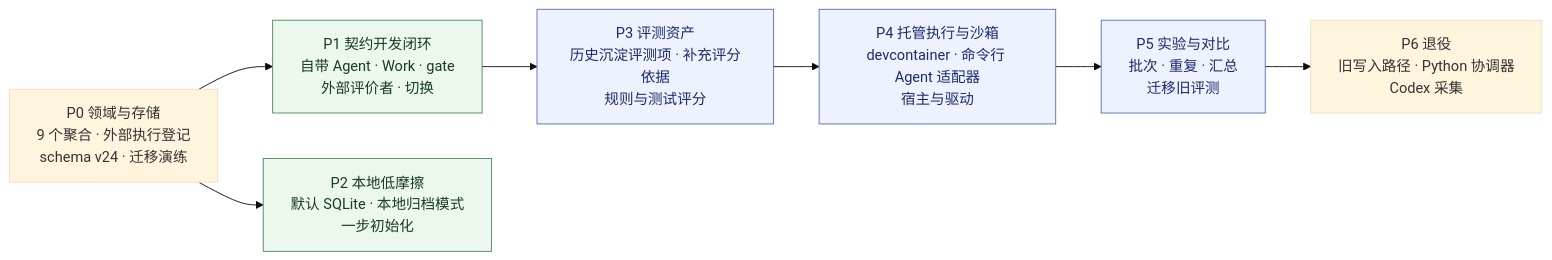
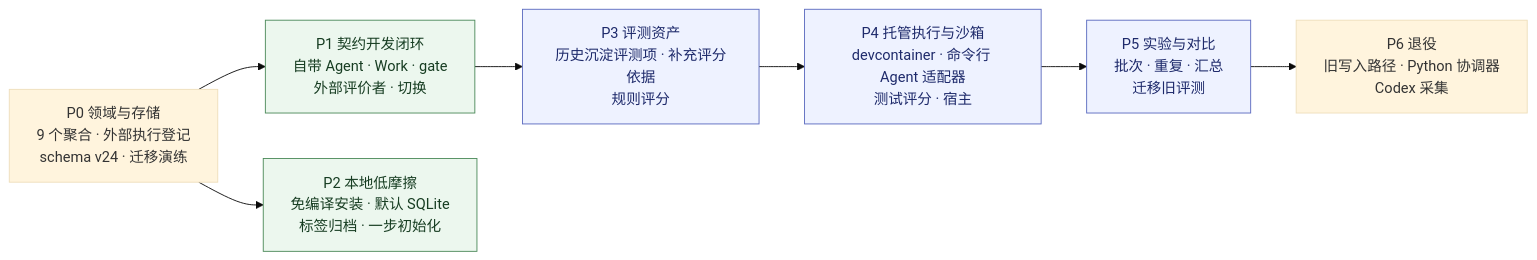
One commit to MaybeLL/Ground changed the diagram in docs/assets/impl-milestones.mmd. Above: the diagram before and after it, drawn with Mermaid (base theme). The commit also changed 11 other files, not shown here.

```diff
--- a/docs/assets/impl-milestones.mmd
+++ b/docs/assets/impl-milestones.mmd
@@ -1,11 +1,11 @@
 flowchart LR
   P0["P0 领域与存储<br/>9 个聚合 · 外部执行登记<br/>schema v24 · 迁移演练"] --> P1["P1 契约开发闭环<br/>自带 Agent · Work · gate<br/>外部评价者 · 切换"]
-  P0 --> P2["P2 本地低摩擦<br/>默认 SQLite · 本地归档模式<br/>一步初始化"]
-  P1 --> P3["P3 评测资产<br/>历史沉淀评测项 · 补充评分依据<br/>规则与测试评分"]
-  P3 --> P4["P4 托管执行与沙箱<br/>devcontainer · 命令行 Agent 适配器<br/>宿主与驱动"]
+  P0 --> P2["P2 本地低摩擦<br/>免编译安装 · 默认 SQLite<br/>标签归档 · 一步初始化"]
+  P1 --> P3["P3 评测资产<br/>历史沉淀评测项 · 补充评分依据<br/>规则评分"]
+  P3 --> P4["P4 托管执行与沙箱<br/>devcontainer · 命令行 Agent 适配器<br/>测试评分 · 宿主"]
   P4 --> P5["P5 实验与对比<br/>批次 · 重复 · 汇总<br/>迁移旧评测"]
   P5 --> P6["P6 退役<br/>旧写入路径 · Python 协调器<br/>Codex 采集"]
   classDef v1 fill:#ecf7ee,stroke:#4c8a5a,color:#173d22;
   classDef v2 fill:#eef2ff,stroke:#5b6abf,color:#1e2a6b;
   class P1,P2 v1;
   class P3,P4,P5 v2;
```
